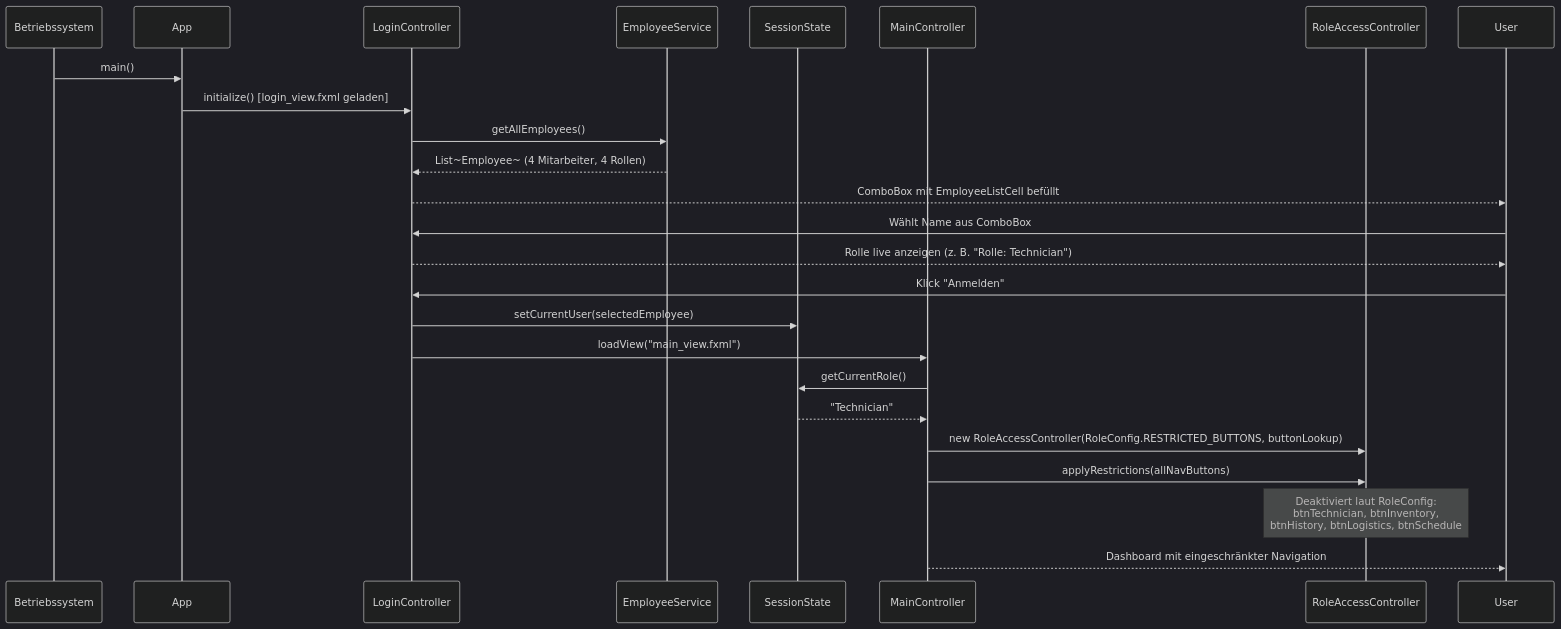
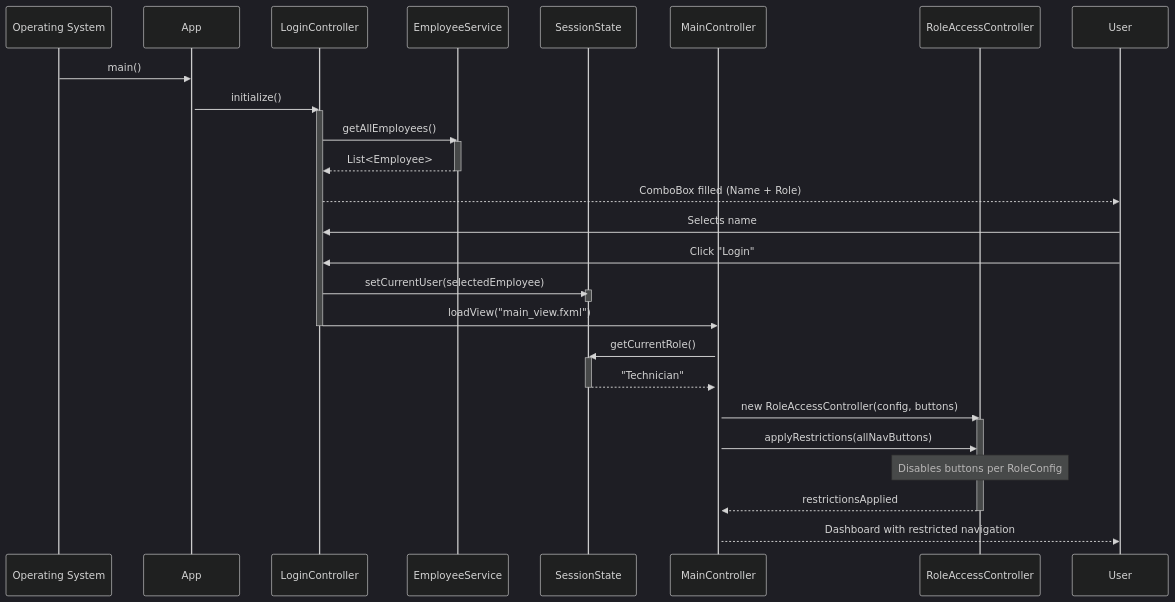
The seventh of 8 diagrams in README.md (BassmaT/ShuttleLogisticGroup5), drawn with Mermaid (dark theme) before and after one commit. The commit also changed other lines of this file and 83 other files, not shown here.

Commit message:
Changes: Fixed Language, updated tech docu, diagrams, logic, cleaned code

````diff
--- a/README.md
+++ b/README.md
@@ -969,30 +1085,50 @@
 ```mermaid
 sequenceDiagram
-    participant OS as Betriebssystem
+    participant OS as Operating System
     participant App
     participant LC as LoginController
     participant ES as EmployeeService
     participant SS as SessionState
     participant MC as MainController
     participant RAC as RoleAccessController
 
     OS->>App: main()
-    App->>LC: initialize() [login_view.fxml geladen]
+    activate App
+    App->>LC: initialize()
+    activate LC
+
     LC->>ES: getAllEmployees()
-    ES-->>LC: List~Employee~ (4 Mitarbeiter, 4 Rollen)
-    LC-->>User: ComboBox mit EmployeeListCell befüllt
+    activate ES
+    ES-->>LC: List<Employee>
+    deactivate ES
 
-    User->>LC: Wählt Name aus ComboBox
-    LC-->>User: Rolle live anzeigen (z. B. "Rolle: Technician")
+    LC-->>User: ComboBox filled (Name + Role)
 
-    User->>LC: Klick "Anmelden"
+    User->>LC: Selects name
+    User->>LC: Click "Login"
+
     LC->>SS: setCurrentUser(selectedEmployee)
+    activate SS
+    deactivate SS
+
     LC->>MC: loadView("main_view.fxml")
+    activate MC
+
+    %% LoginController is typically destroyed after view switch
+    deactivate LC
 
     MC->>SS: getCurrentRole()
+    activate SS
     SS-->>MC: "Technician"
-    MC->>RAC: new RoleAccessController(RoleConfig.RESTRICTED_BUTTONS, buttonLookup)
+    deactivate SS
+
+    %% Constructor call per requirements
+    MC->>RAC: new RoleAccessController(config, buttons)
+    activate RAC
+
     MC->>RAC: applyRestrictions(allNavButtons)
-    Note over RAC: Deaktiviert laut RoleConfig:<br/>btnTechnician, btnInventory,<br/>btnHistory, btnLogistics, btnSchedule
-    MC-->>User: Dashboard mit eingeschränkter Navigation
+    Note over RAC: Disables buttons per RoleConfig
+    RAC-->>MC: restrictionsApplied
+    deactivate RAC
+    MC-->>User: Dashboard with restricted navigation
 ```
````
